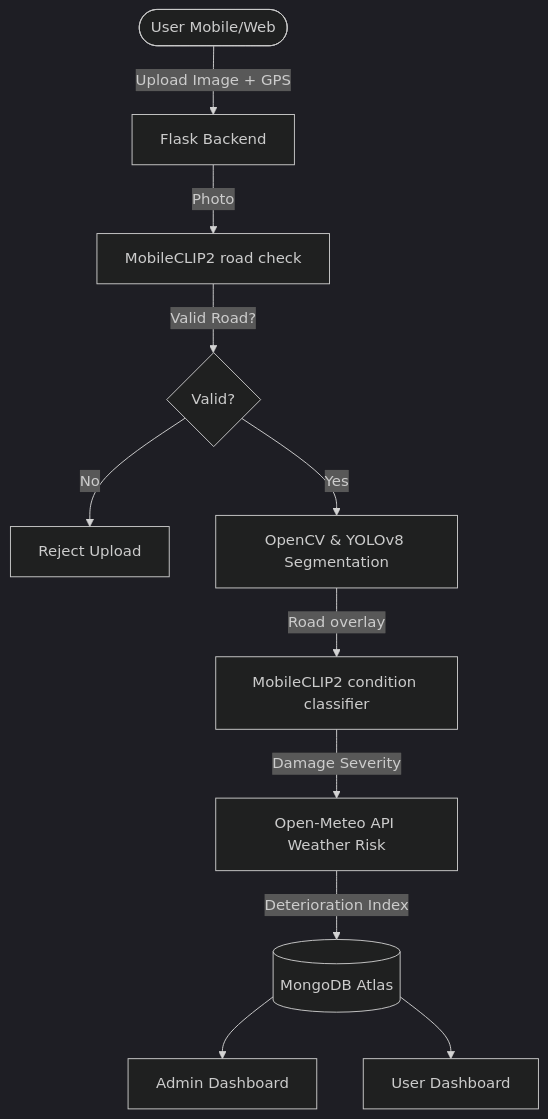
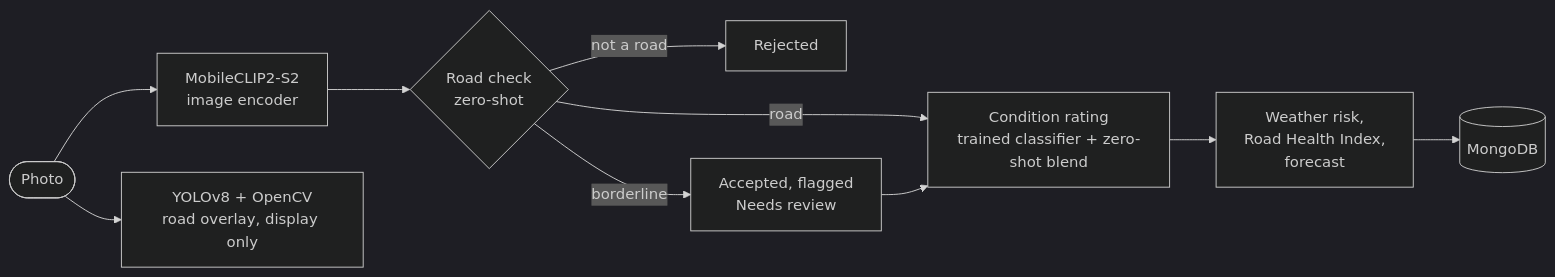
One commit to PrathamAgarwal1/Road-Damage-Detection-and-Reporting-System changed the diagram in README.md. Above: the diagram before and after it, drawn with Mermaid (dark theme). The commit also changed other lines of this file, not shown here.

````diff
--- a/README.md
+++ b/README.md
@@ -76,13 +36,12 @@
 ```mermaid
-graph TD
-    User([User Mobile/Web]) -->|Upload Image + GPS| Flask[Flask Backend]
-    Flask -->|Photo| CLIP[MobileCLIP2 road check]
-    CLIP -->|Valid Road?| RouteDecide{Valid?}
-    RouteDecide -->|No| Reject[Reject Upload]
-    RouteDecide -->|Yes| OpenCV[OpenCV & YOLOv8 Segmentation]
-    OpenCV -->|Road overlay| Classifier[MobileCLIP2 condition classifier]
-    Classifier -->|Damage Severity| Weather[Open-Meteo API Weather Risk]
-    Weather -->|Deterioration Index| Mongo[(MongoDB Atlas)]
-    Mongo --> AdminPanel[Admin Dashboard]
-    Mongo --> UserDashboard[User Dashboard]
+graph LR
+    P([Photo]) --> E[MobileCLIP2-S2<br/>image encoder]
+    E --> G{Road check<br/>zero-shot}
+    G -->|not a road| R[Rejected]
+    G -->|borderline| F[Accepted, flagged<br/>Needs review]
+    G -->|road| C[Condition rating<br/>trained classifier + zero-shot blend]
+    F --> C
+    C --> W[Weather risk,<br/>Road Health Index,<br/>forecast]
+    W --> D[(MongoDB)]
+    P --> Y[YOLOv8 + OpenCV<br/>road overlay, display only]
 ```
````
